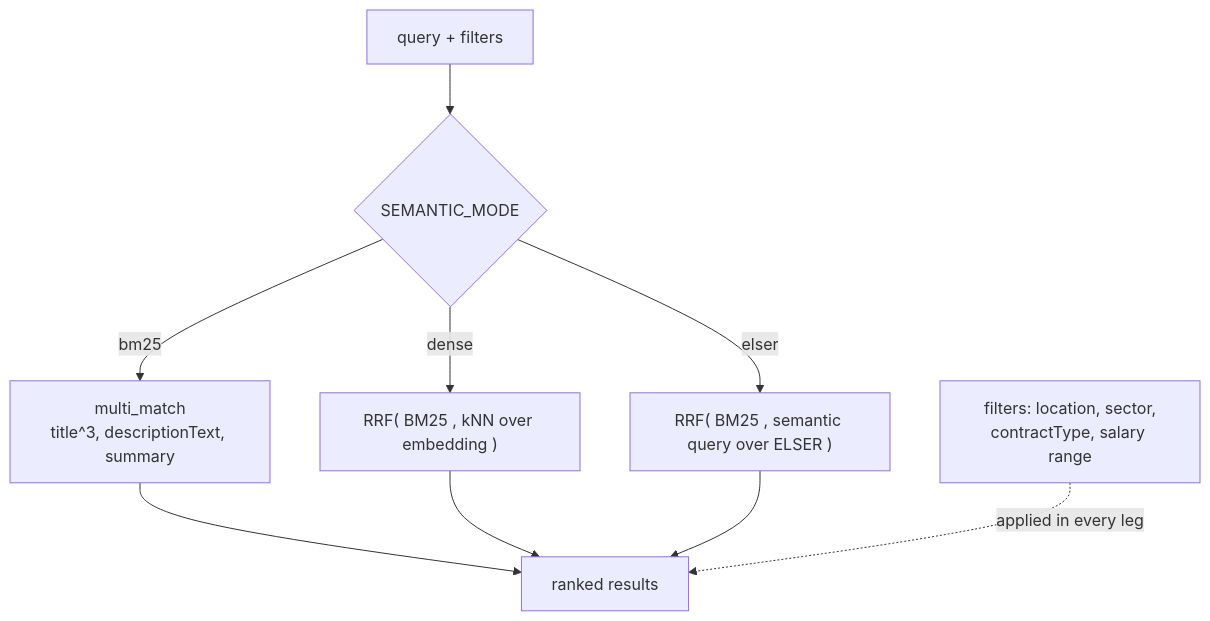
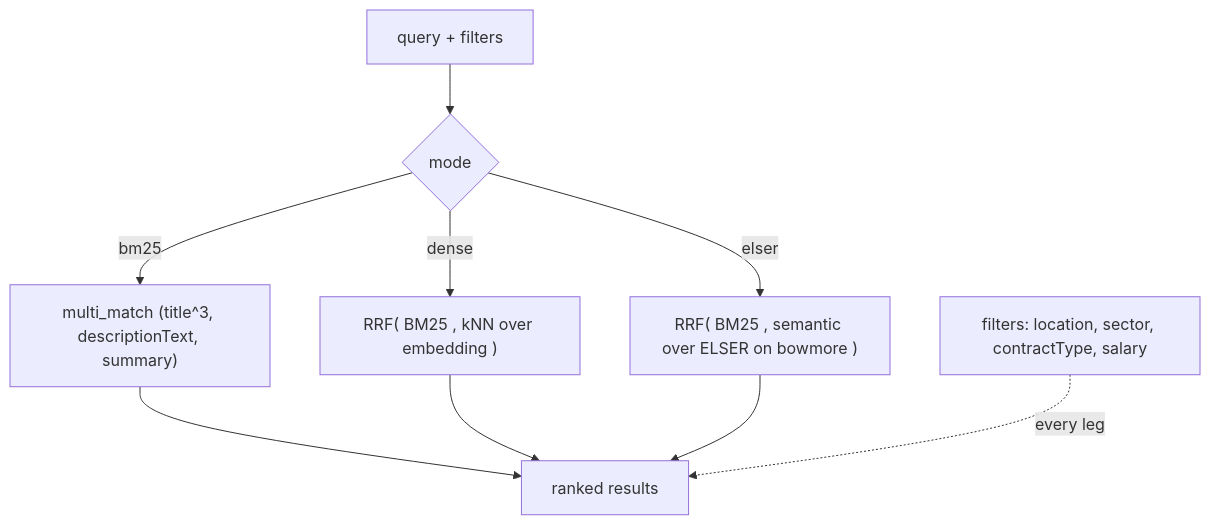
One commit to benoitquette/conversational-job-search-poc changed the eighth of 9 diagrams in ARCHITECTURE.md. Above: the diagram before and after it, drawn with Mermaid. The commit also changed other lines of this file and 3 other files, not shown here.

First line of the commit message:
docs: update for 2-node cluster, ELSER on bowmore, and recommendations

````diff
--- a/ARCHITECTURE.md
+++ b/ARCHITECTURE.md
@@ -153,11 +163,11 @@
 ```mermaid
 flowchart TD
-  q["query + filters"] --> mode{SEMANTIC_MODE}
-  mode -->|bm25| bm["multi_match\ntitle^3, descriptionText, summary"]
+  q["query + filters"] --> mode{mode}
+  mode -->|bm25| bm["multi_match (title^3, descriptionText, summary)"]
   mode -->|dense| dn["RRF( BM25 , kNN over embedding )"]
-  mode -->|elser| el["RRF( BM25 , semantic query over ELSER )"]
+  mode -->|elser| el["RRF( BM25 , semantic over ELSER on bowmore )"]
   bm --> r["ranked results"]
   dn --> r
   el --> r
-  filters["filters: location, sector,\ncontractType, salary range"] -.->|applied in every leg| r
+  filters["filters: location, sector, contractType, salary"] -.->|every leg| r
 ```
````
